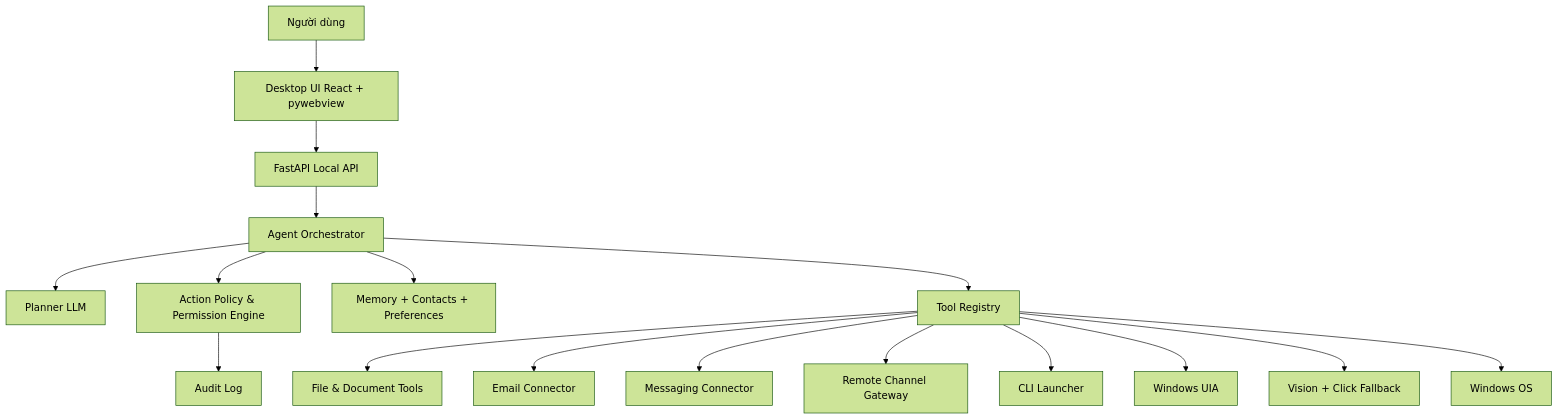
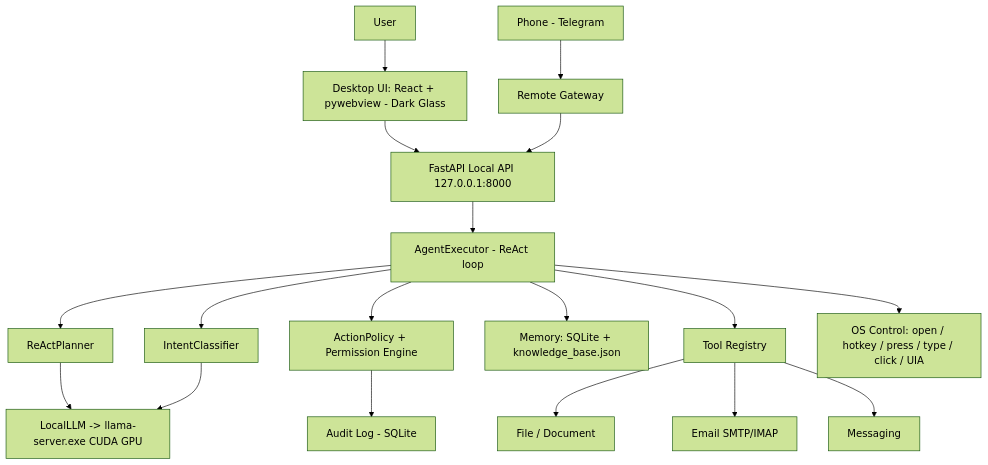
One commit to lethienhieu/controlpc changed the diagram in implementation_plan.md. Above: the diagram before and after it, drawn with Mermaid (forest theme). The commit also changed other lines of this file and 51 other files, not shown here.

````diff
--- a/implementation_plan.md
+++ b/implementation_plan.md
@@ -219,22 +107,24 @@
 ```mermaid
 graph TD
-    User[Người dùng] --> UI[Desktop UI React + pywebview]
-    UI --> API[FastAPI Local API]
-    API --> Orchestrator[Agent Orchestrator]
+    User[User] --> UI[Desktop UI: React + pywebview - Dark Glass]
+    Phone[Phone - Telegram] --> Gateway[Remote Gateway]
+    UI --> API[FastAPI Local API 127.0.0.1:8000]
+    Gateway --> API
+    API --> Orchestrator[AgentExecutor - ReAct loop]
 
-    Orchestrator --> Planner[Planner LLM]
-    Orchestrator --> Policy[Action Policy & Permission Engine]
-    Orchestrator --> Memory[Memory + Contacts + Preferences]
+    Orchestrator --> Classifier[IntentClassifier]
+    Orchestrator --> Planner[ReActPlanner]
+    Orchestrator --> Policy[ActionPolicy + Permission Engine]
+    Orchestrator --> Memory[Memory: SQLite + knowledge_base.json]
     Orchestrator --> Tools[Tool Registry]
 
-    Tools --> FileTool[File & Document Tools]
-    Tools --> EmailTool[Email Connector]
-    Tools --> MessageTool[Messaging Connector]
-    Tools --> RemoteTool[Remote Channel Gateway]
-    Tools --> CLITool[CLI Launcher]
-    Tools --> UIATool[Windows UIA]
-    Tools --> VisionTool[Vision + Click Fallback]
+    Planner --> LLM[LocalLLM -> llama-server.exe CUDA GPU]
+    Classifier --> LLM
 
-    Policy --> Audit[Audit Log]
-    Tools --> OS[Windows OS]
+    Tools --> FileTool[File / Document]
+    Tools --> EmailTool[Email SMTP/IMAP]
+    Tools --> MessageTool[Messaging]
+    Orchestrator --> OSCtrl[OS Control: open / hotkey / press / type / click / UIA]
+
+    Policy --> Audit[Audit Log - SQLite]
 ```
````
